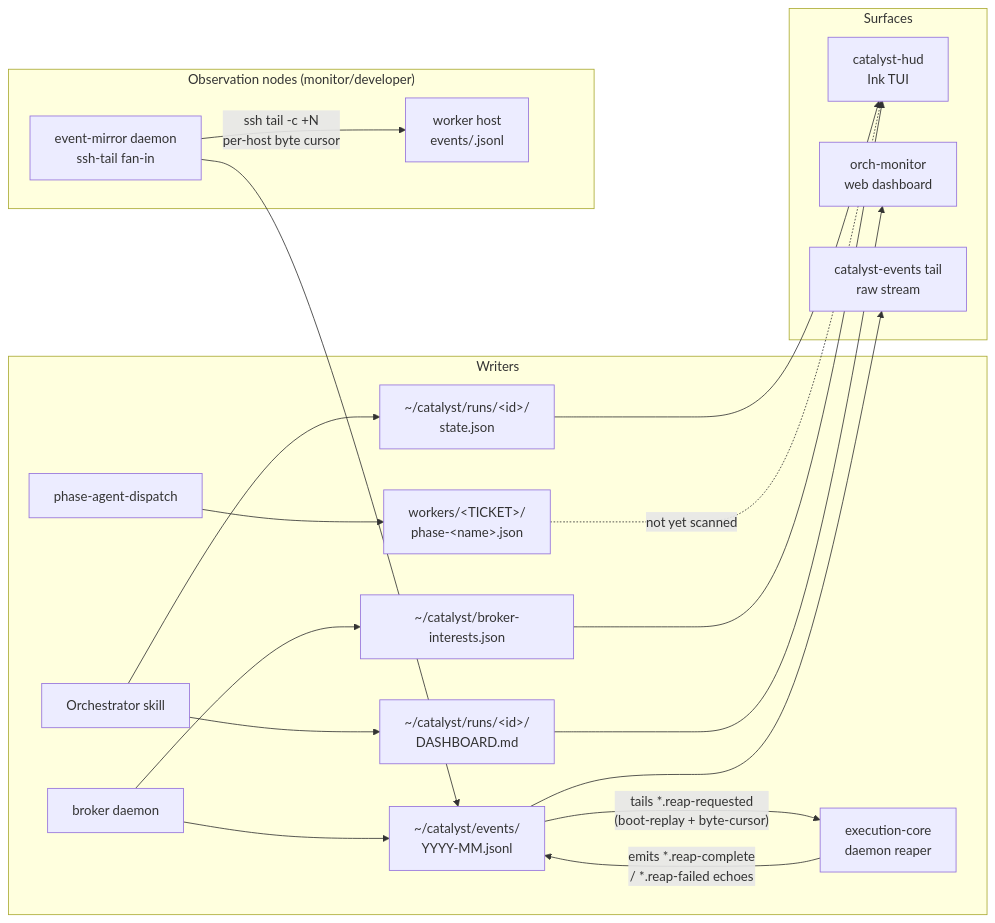
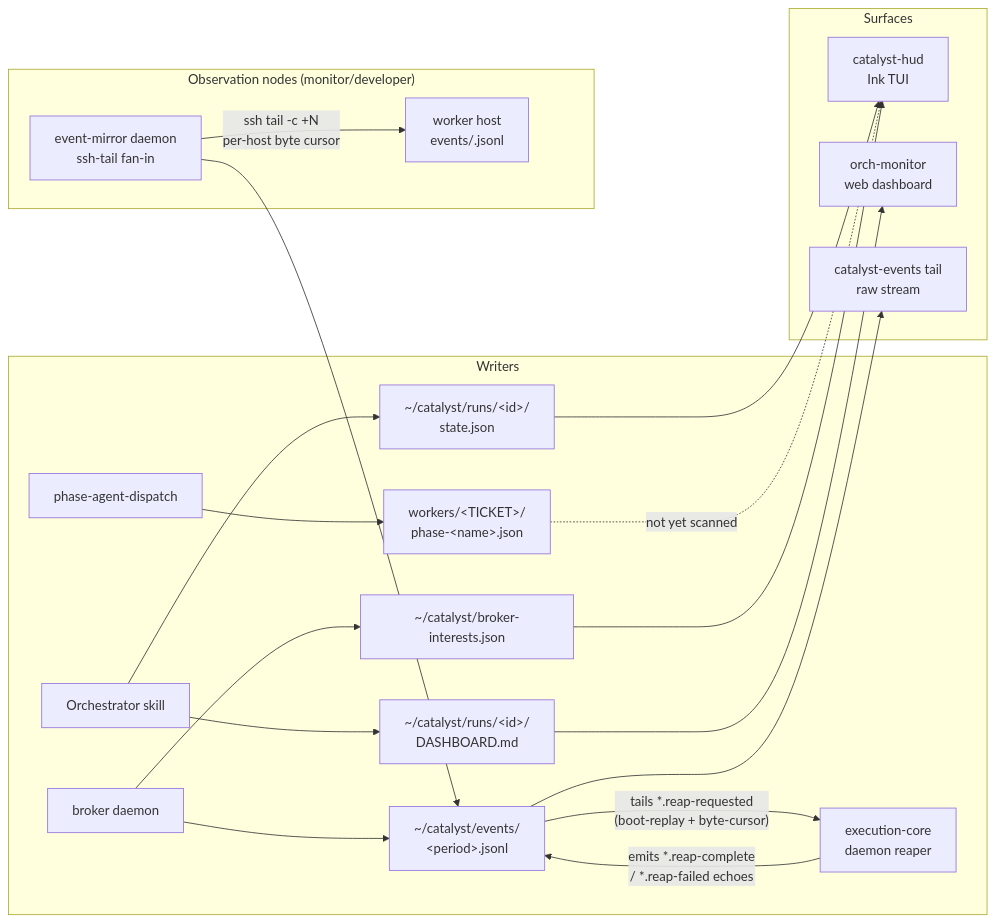
One commit to coalesce-labs/catalyst changed the second of 2 diagrams in docs/architecture.md. Above: the diagram before and after it, drawn with Mermaid. The commit also changed 14 other files, not shown here.

````diff
--- a/docs/architecture.md
+++ b/docs/architecture.md
@@ -1332,26 +1332,26 @@
 ```mermaid
 flowchart LR
   subgraph Writers
     OS[Orchestrator skill] --> DM[~/catalyst/runs/&lt;id&gt;/<br/>DASHBOARD.md]
     OS --> SJ[~/catalyst/runs/&lt;id&gt;/<br/>state.json]
     PAD[phase-agent-dispatch] --> PSF[workers/&lt;TICKET&gt;/<br/>phase-&lt;name&gt;.json]
     BROKER[broker daemon] --> BI[~/catalyst/broker-interests.json]
-    BROKER --> EL[~/catalyst/events/<br/>YYYY-MM.jsonl]
+    BROKER --> EL[~/catalyst/events/<br/>&lt;period&gt;.jsonl]
     REAPER[execution-core<br/>daemon reaper] -- "emits *.reap-complete<br/>/ *.reap-failed echoes" --> EL
   end
   subgraph Surfaces
     HUD[catalyst-hud<br/>Ink TUI]
     OM[orch-monitor<br/>web dashboard]
     CE[catalyst-events tail<br/>raw stream]
   end
   subgraph ObservationNodes["Observation nodes (monitor/developer)"]
     EM[event-mirror daemon<br/>ssh-tail fan-in] -- "ssh tail -c +N<br/>per-host byte cursor" --> REMOTE_EL[worker host<br/>events/<period>.jsonl]
     EM --> EL
   end
   SJ --> HUD
   PSF -.not yet scanned.-> HUD
   BI --> HUD
   DM --> OM
   EL --> CE
   EL -- "tails *.reap-requested<br/>(boot-replay + byte-cursor)" --> REAPER
 ```
````
